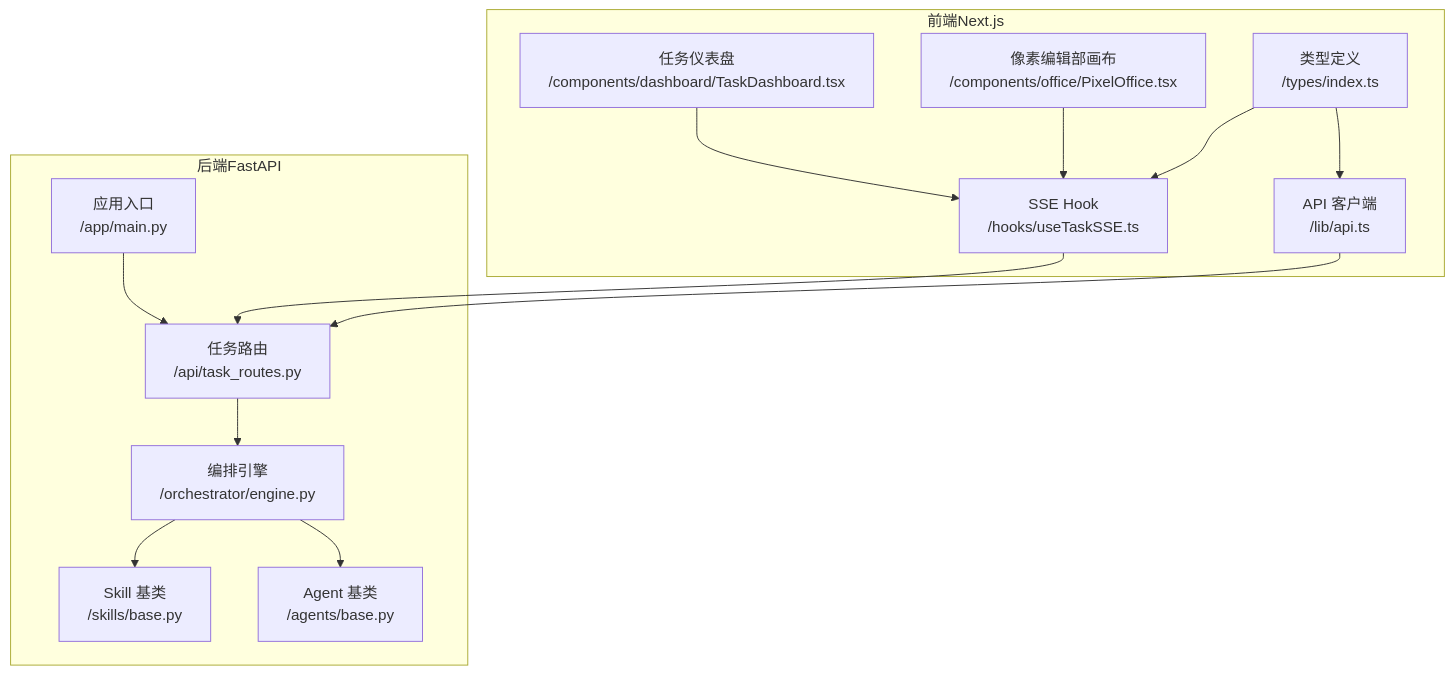
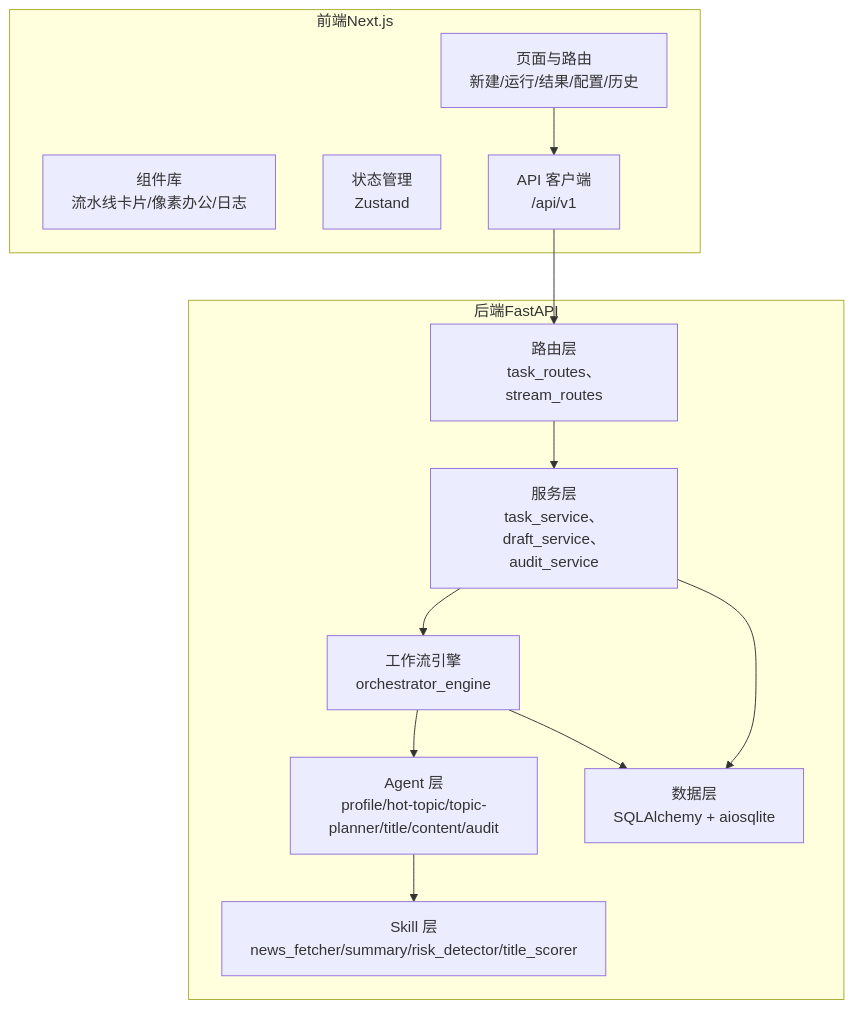
One commit to sansansansansan2022-web/hotclaw changed the first of 6 diagrams in .qoder/repowiki/zh/content/项目概述/项目概述.md. Above: the diagram before and after it, drawn with Mermaid. The commit also changed other lines of this file and 288 other files, not shown here.

````diff
--- a/.qoder/repowiki/zh/content/项目概述/项目概述.md
+++ b/.qoder/repowiki/zh/content/项目概述/项目概述.md
@@ -42,27 +54,25 @@
 ```mermaid
 graph TB
 subgraph "前端Next.js"
-FE_API["API 客户端<br/>/lib/api.ts"]
-FE_SSE["SSE Hook<br/>/hooks/useTaskSSE.ts"]
-FE_DASH["任务仪表盘<br/>/components/dashboard/TaskDashboard.tsx"]
-FE_OFFICE["像素编辑部画布<br/>/components/office/PixelOffice.tsx"]
-FE_TYPES["类型定义<br/>/types/index.ts"]
+FE_Page["页面与路由<br/>新建/运行/结果/配置/历史"]
+FE_Comps["组件库<br/>流水线卡片/像素办公/日志"]
+FE_Store["状态管理<br/>Zustand"]
+FE_API["API 客户端<br/>/api/v1"]
 end
 subgraph "后端FastAPI"
-BE_MAIN["应用入口<br/>/app/main.py"]
-BE_TASK["任务路由<br/>/api/task_routes.py"]
-BE_ORCH["编排引擎<br/>/orchestrator/engine.py"]
-BE_AGENTS["Agent 基类<br/>/agents/base.py"]
-BE_SKILLS["Skill 基类<br/>/skills/base.py"]
+BE_Router["路由层<br/>task_routes、stream_routes"]
+BE_Services["服务层<br/>task_service、draft_service、audit_service"]
+BE_Orchestrator["工作流引擎<br/>orchestrator_engine"]
+BE_Agents["Agent 层<br/>profile/hot-topic/topic-planner/title/content/audit"]
+BE_Skills["Skill 层<br/>news_fetcher/summary/risk_detector/title_scorer"]
+BE_DB["数据层<br/>SQLAlchemy + aiosqlite"]
 end
-FE_API --> BE_TASK
-FE_SSE --> BE_TASK
-FE_DASH --> FE_SSE
-FE_OFFICE --> FE_SSE
-FE_TYPES --> FE_API
-FE_TYPES --> FE_SSE
-BE_MAIN --> BE_TASK
-BE_TASK --> BE_ORCH
-BE_ORCH --> BE_AGENTS
-BE_ORCH --> BE_SKILLS
+FE_Page --> FE_API
+FE_API --> BE_Router
+BE_Router --> BE_Services
+BE_Services --> BE_Orchestrator
+BE_Orchestrator --> BE_Agents
+BE_Agents --> BE_Skills
+BE_Services --> BE_DB
+BE_Orchestrator --> BE_DB
 ```
````
